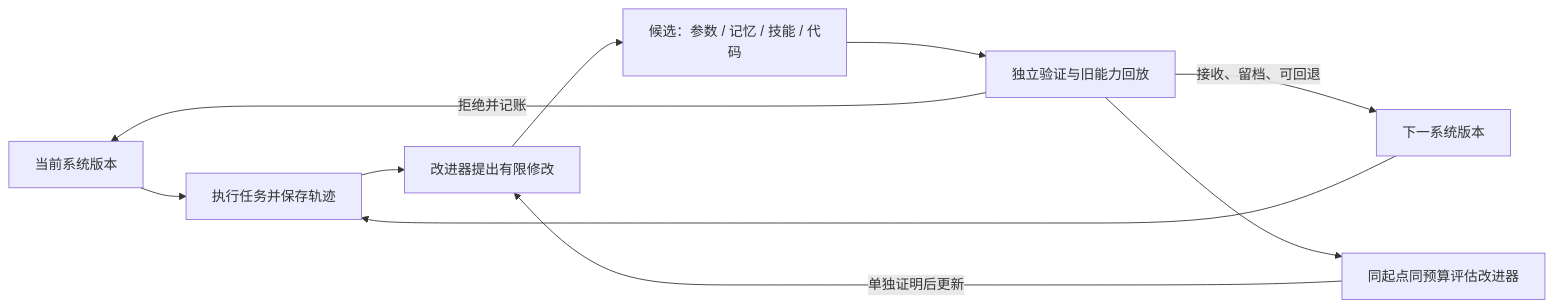
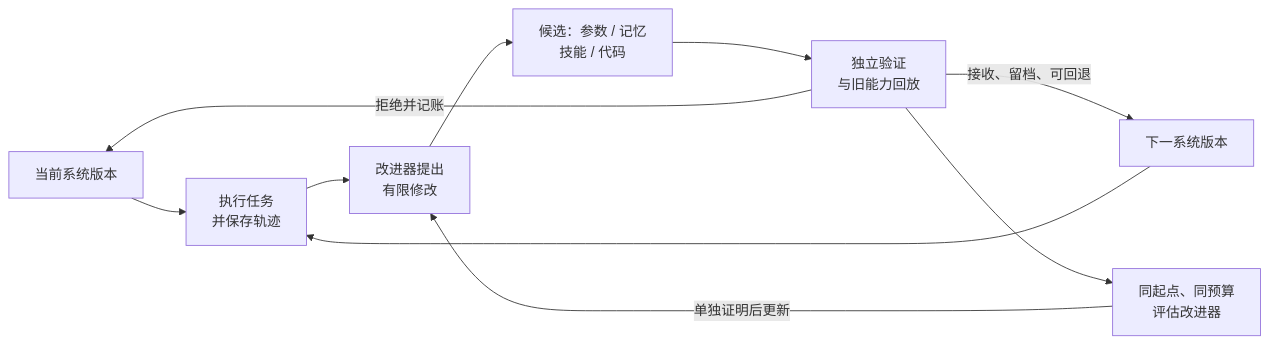
The diagram in wiki/modules/RSI.md (yanbozhang/llm-systems-wiki), drawn with Mermaid before and after one commit. The commit also changed other lines of this file and 44 other files, not shown here.

Commit message:
feat(diagrams): unify architecture visuals and diagram controls

````diff
--- a/wiki/modules/RSI.md
+++ b/wiki/modules/RSI.md
@@ -5,12 +12,12 @@
 ```mermaid
 flowchart LR
-  Version["当前系统版本"] --> Run["执行任务并保存轨迹"]
-  Run --> Propose["改进器提出有限修改"]
-  Propose --> Candidate["候选：参数 / 记忆 / 技能 / 代码"]
-  Candidate --> Gate["独立验证与旧能力回放"]
+  Version["当前系统版本"] --> Run["执行任务<br/>并保存轨迹"]
+  Run --> Propose["改进器提出<br/>有限修改"]
+  Propose --> Candidate["候选：参数 / 记忆<br/>技能 / 代码"]
+  Candidate --> Gate["独立验证<br/>与旧能力回放"]
   Gate -->|拒绝并记账| Version
   Gate -->|接收、留档、可回退| Next["下一系统版本"]
   Next --> Run
-  Gate --> Meta["同起点同预算评估改进器"]
+  Gate --> Meta["同起点、同预算<br/>评估改进器"]
   Meta -->|单独证明后更新| Propose
 ```
````
